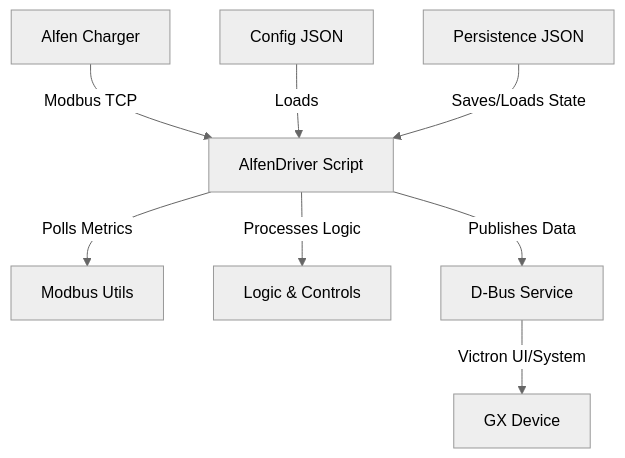
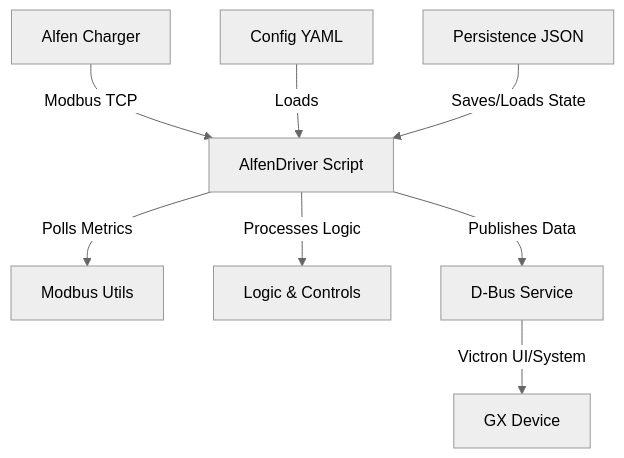
Before and after one commit to rhernaus/victron-alfen-charger: the diagram in README.md, drawn with Mermaid (neutral theme). The commit also changed other lines of this file, not shown here.

````diff
--- a/README.md
+++ b/README.md
@@ -174,10 +176,10 @@
 ```mermaid
 graph TD
     A[Alfen Charger] -- Modbus TCP --> B[AlfenDriver Script]
     B -- Polls Metrics --> C[Modbus Utils]
     B -- Processes Logic --> D[Logic & Controls]
     B -- Publishes Data --> E[D-Bus Service]
     E -- Victron UI/System --> F[GX Device]
-    G[Config JSON] -- Loads --> B
+    G[Config YAML] -- Loads --> B
     H[Persistence JSON] -- Saves/Loads State --> B
 ```
````
